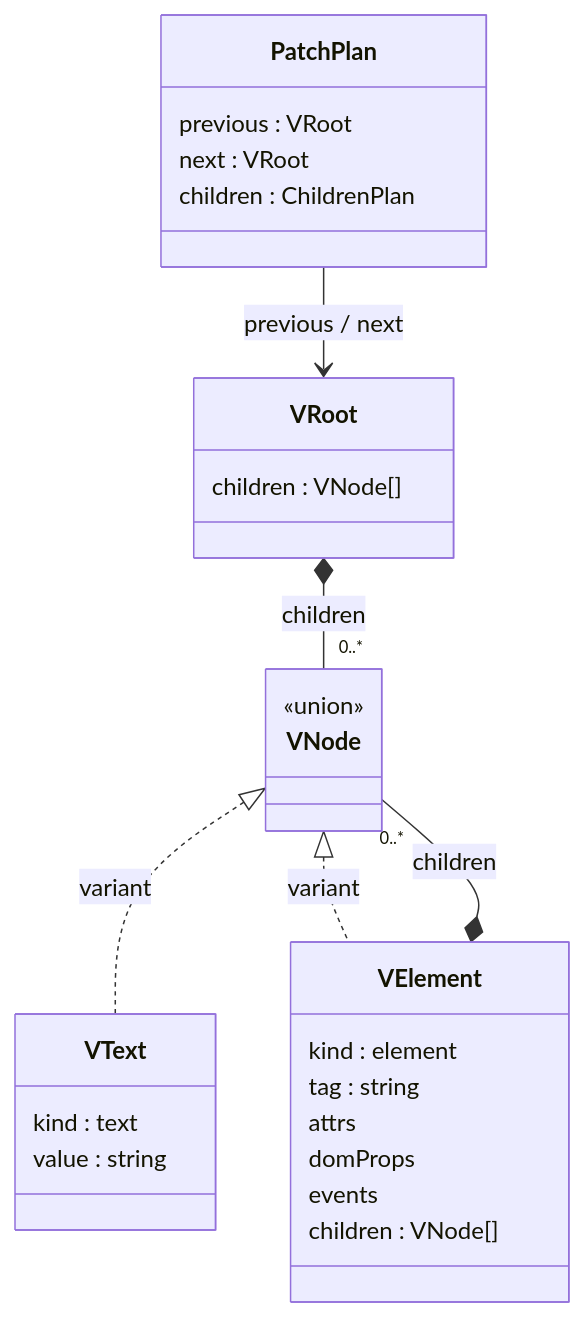
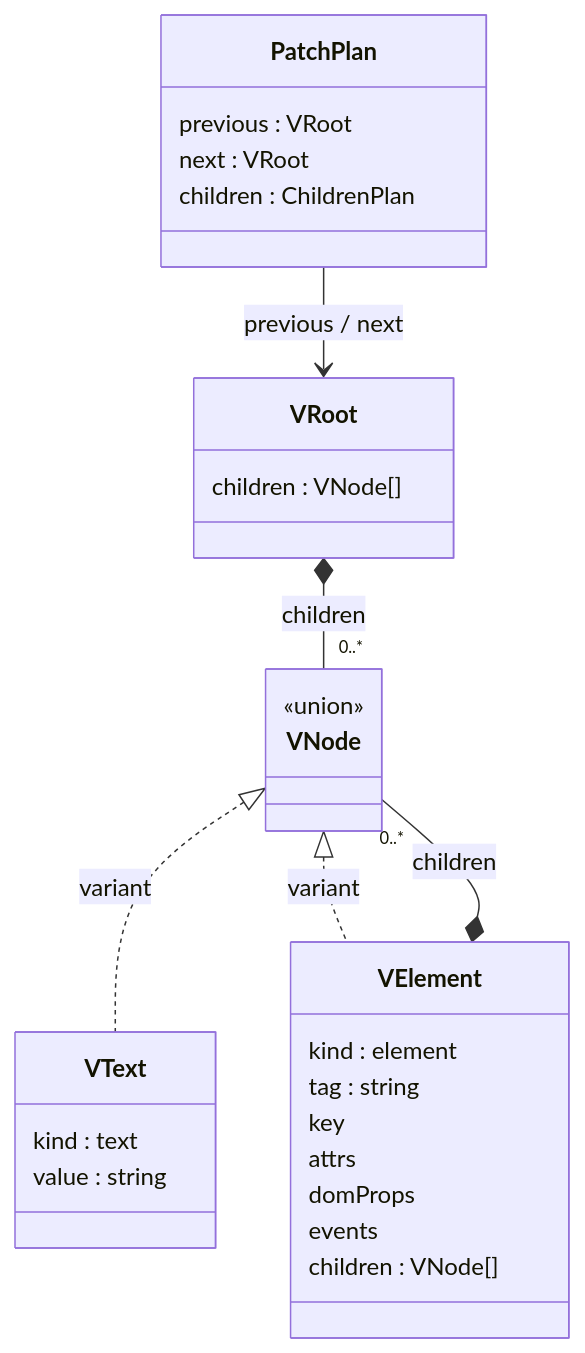
Before and after one commit to WEEK11-12/mini-react: the diagram in docs/design/renderer.md, drawn with Mermaid. The commit also changed other lines of this file and 9 other files, not shown here.

````diff
--- a/docs/design/renderer.md
+++ b/docs/design/renderer.md
@@ -10,31 +10,32 @@
 ```mermaid
 classDiagram
   class VRoot {
     children : VNode[]
   }
   class VNode {
     <<union>>
   }
   class VText {
     kind : text
     value : string
   }
   class VElement {
     kind : element
     tag : string
+    key
     attrs
     domProps
     events
     children : VNode[]
   }
   class PatchPlan {
     previous : VRoot
     next : VRoot
     children : ChildrenPlan
   }
   VRoot *-- "0..*" VNode : children
   VNode <|.. VText : variant
   VNode <|.. VElement : variant
   VElement *-- "0..*" VNode : children
   PatchPlan --> VRoot : previous / next
 ```
````
